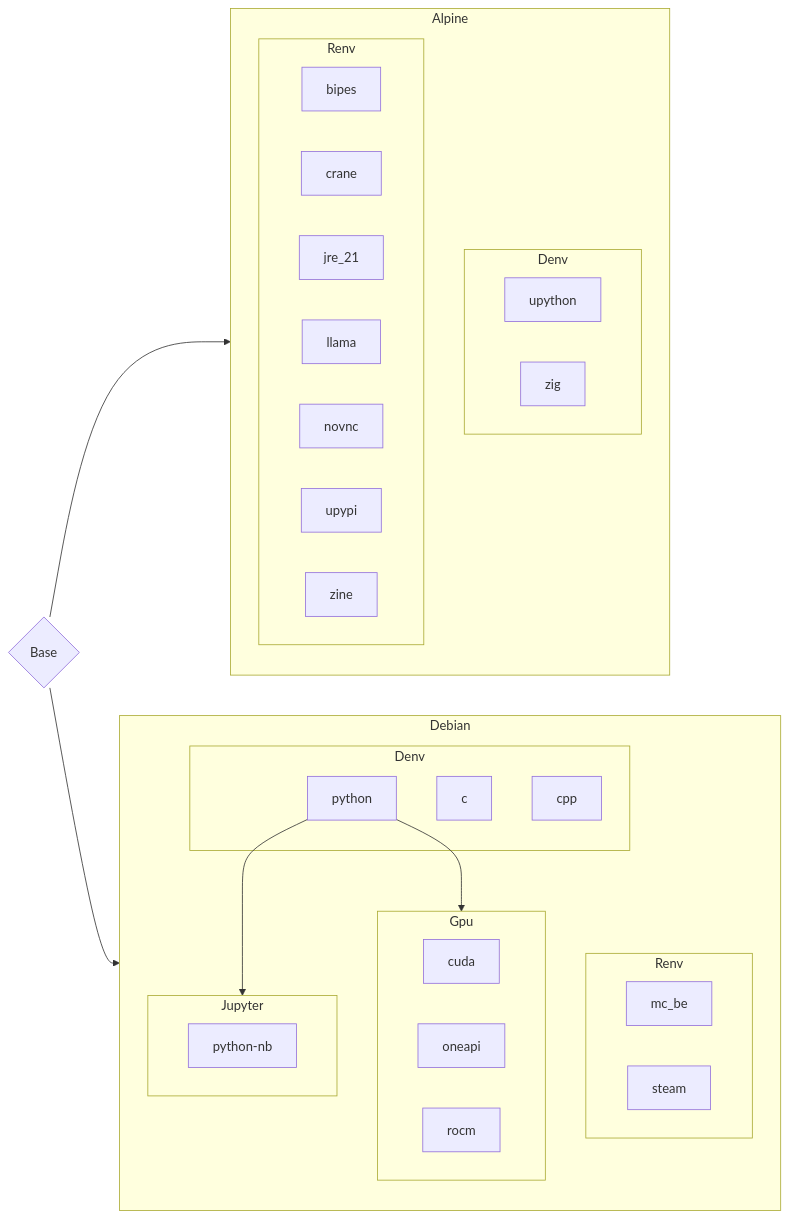
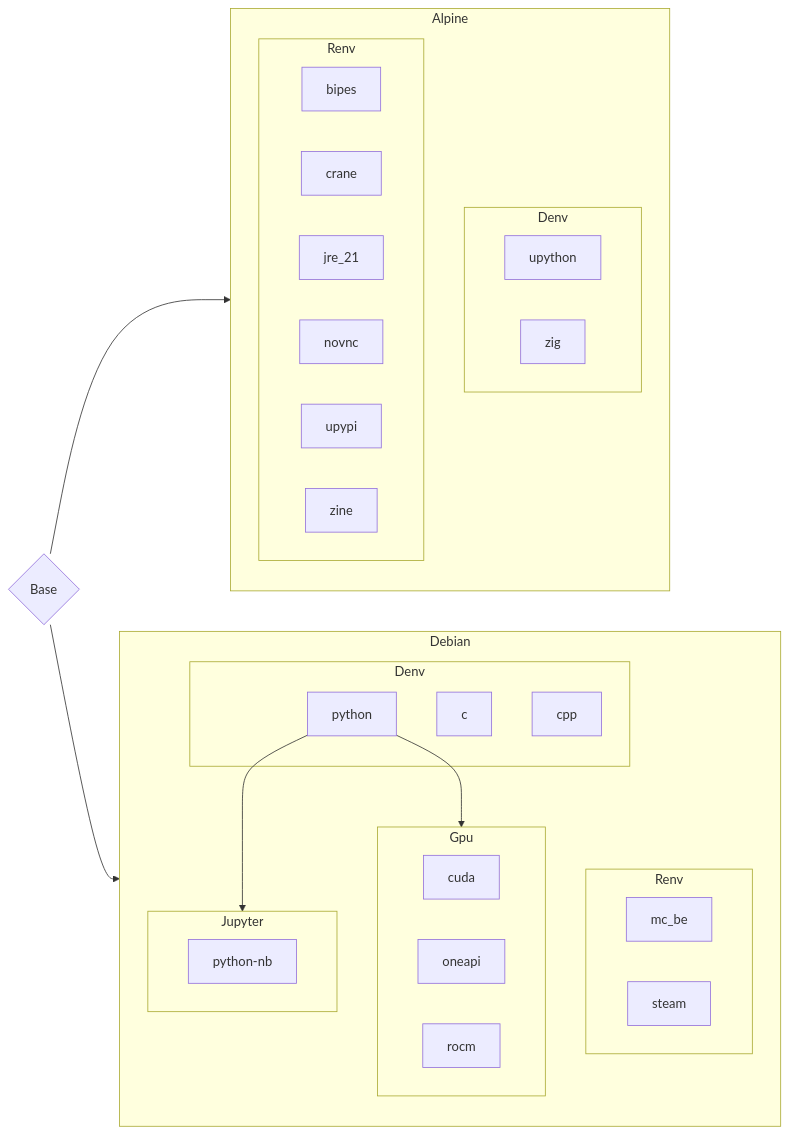
The diagram in README.md (ben0i0d/cenv), drawn with Mermaid before and after one commit. The commit also changed 2 other files, not shown here.

Commit message:
remove llama

````diff
--- a/README.md
+++ b/README.md
@@ -58,48 +58,47 @@
 ```mermaid
 graph LR
 
 B{Base} --> Alpine
 B --> Debian
 
 subgraph Alpine
     subgraph AD[Denv]
     upython
     zig
     end
     
     subgraph AR[Renv]
     bipes
     crane
     jre_21
-    llama
     novnc
     upypi
     zine
     end
 end
 
 subgraph Debian
     subgraph DD[Denv]
     c
     cpp
     python
     end
 
     subgraph DR[Renv]
     mc_be
     steam
     end
 
     python-->Gpu
     subgraph Gpu
     cuda
     oneapi
     rocm
     end
 
     python-->Jupyter
     subgraph Jupyter
     python-nb
     end
 end
 ```
````
